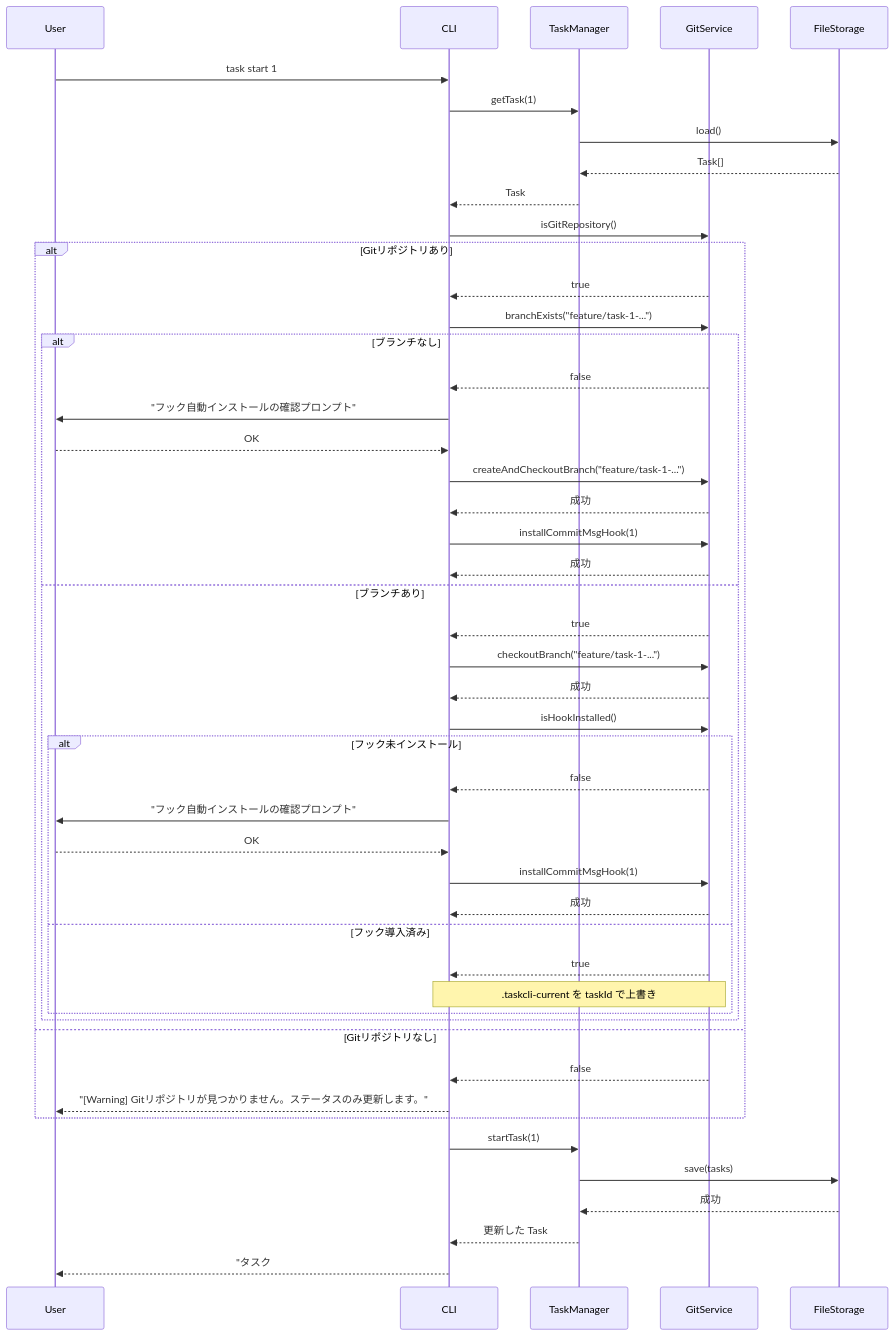
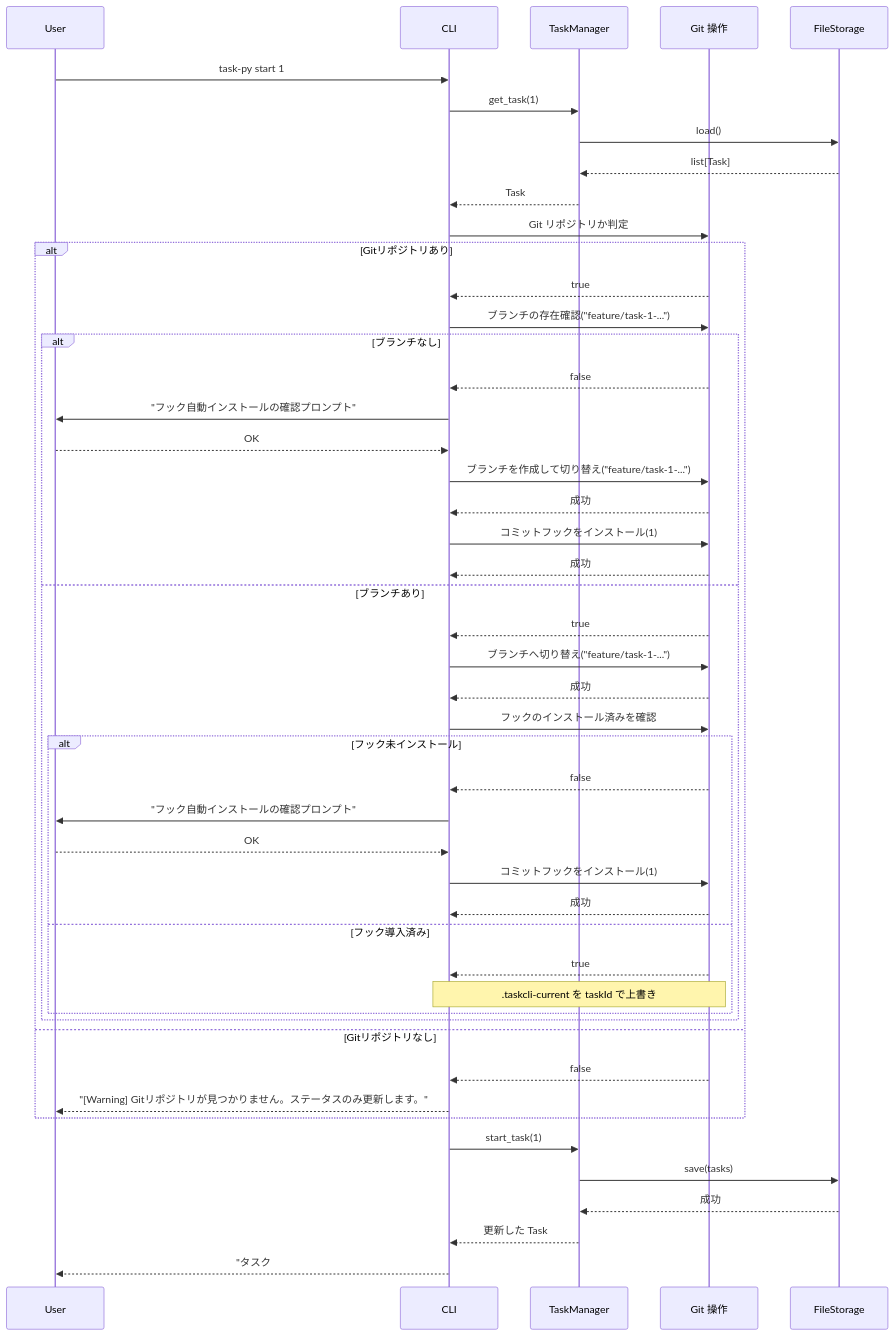
Before and after one commit to kanan4gh/dev-tasks2-py: the sixth of 8 diagrams in docs/functional-design.md, drawn with Mermaid. The commit also changed other lines of this file and 5 other files, not shown here.

````diff
--- a/docs/functional-design.md
+++ b/docs/functional-design.md
@@ -631,51 +1075,51 @@
 ```mermaid
 sequenceDiagram
     participant User
     participant CLI
     participant TaskManager
-    participant GitService
+    participant Git as Git 操作
     participant FileStorage
 
-    User->>CLI: task start 1
-    CLI->>TaskManager: getTask(1)
+    User->>CLI: task-py start 1
+    CLI->>TaskManager: get_task(1)
     TaskManager->>FileStorage: load()
-    FileStorage-->>TaskManager: Task[]
+    FileStorage-->>TaskManager: list[Task]
     TaskManager-->>CLI: Task
-    CLI->>GitService: isGitRepository()
+    CLI->>Git: Git リポジトリか判定
     alt Gitリポジトリあり
-        GitService-->>CLI: true
-        CLI->>GitService: branchExists("feature/task-1-...")
+        Git-->>CLI: true
+        CLI->>Git: ブランチの存在確認("feature/task-1-...")
         alt ブランチなし
-            GitService-->>CLI: false
+            Git-->>CLI: false
             CLI->>User: "フック自動インストールの確認プロンプト"
             User-->>CLI: OK
-            CLI->>GitService: createAndCheckoutBranch("feature/task-1-...")
-            GitService-->>CLI: 成功
-            CLI->>GitService: installCommitMsgHook(1)
-            GitService-->>CLI: 成功
+            CLI->>Git: ブランチを作成して切り替え("feature/task-1-...")
+            Git-->>CLI: 成功
+            CLI->>Git: コミットフックをインストール(1)
+            Git-->>CLI: 成功
         else ブランチあり
-            GitService-->>CLI: true
-            CLI->>GitService: checkoutBranch("feature/task-1-...")
-            GitService-->>CLI: 成功
-            CLI->>GitService: isHookInstalled()
+            Git-->>CLI: true
+            CLI->>Git: ブランチへ切り替え("feature/task-1-...")
+            Git-->>CLI: 成功
+            CLI->>Git: フックのインストール済みを確認
             alt フック未インストール
-                GitService-->>CLI: false
+                Git-->>CLI: false
                 CLI->>User: "フック自動インストールの確認プロンプト"
                 User-->>CLI: OK
-                CLI->>GitService: installCommitMsgHook(1)
-                GitService-->>CLI: 成功
+                CLI->>Git: コミットフックをインストール(1)
+                Git-->>CLI: 成功
             else フック導入済み
-                GitService-->>CLI: true
-                Note over CLI,GitService: .taskcli-current を taskId で上書き
+                Git-->>CLI: true
+                Note over CLI,Git: .taskcli-current を taskId で上書き
             end
         end
     else Gitリポジトリなし
-        GitService-->>CLI: false
+        Git-->>CLI: false
         CLI-->>User: "[Warning] Gitリポジトリが見つかりません。ステータスのみ更新します。"
     end
-    CLI->>TaskManager: startTask(1)
+    CLI->>TaskManager: start_task(1)
     TaskManager->>FileStorage: save(tasks)
     FileStorage-->>TaskManager: 成功
     TaskManager-->>CLI: 更新した Task
-    CLI-->>User: "タスク #1 を開始しました\nブランチ: feature/task-1-user-authentication"
+    CLI-->>User: "タスク #1 を開始しました<br/>ブランチ: feature/task-1-user-authentication"
 ```
````
